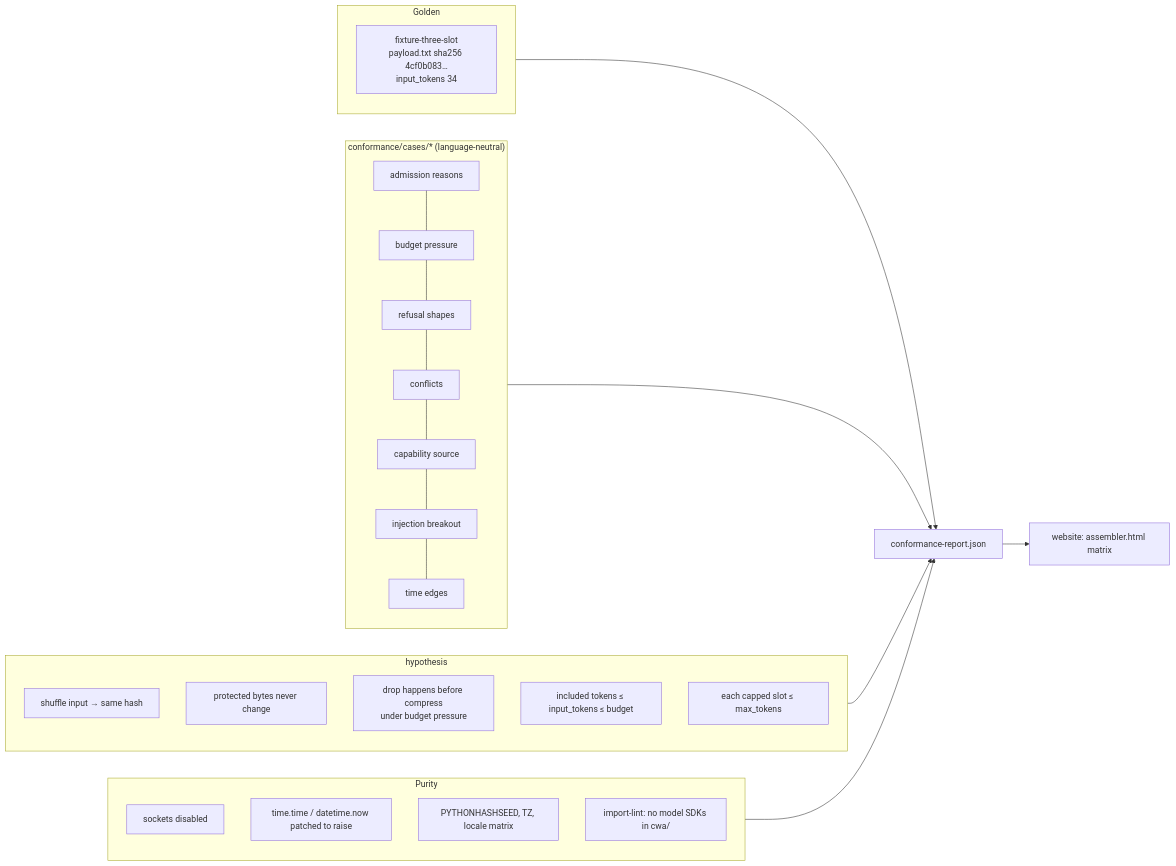
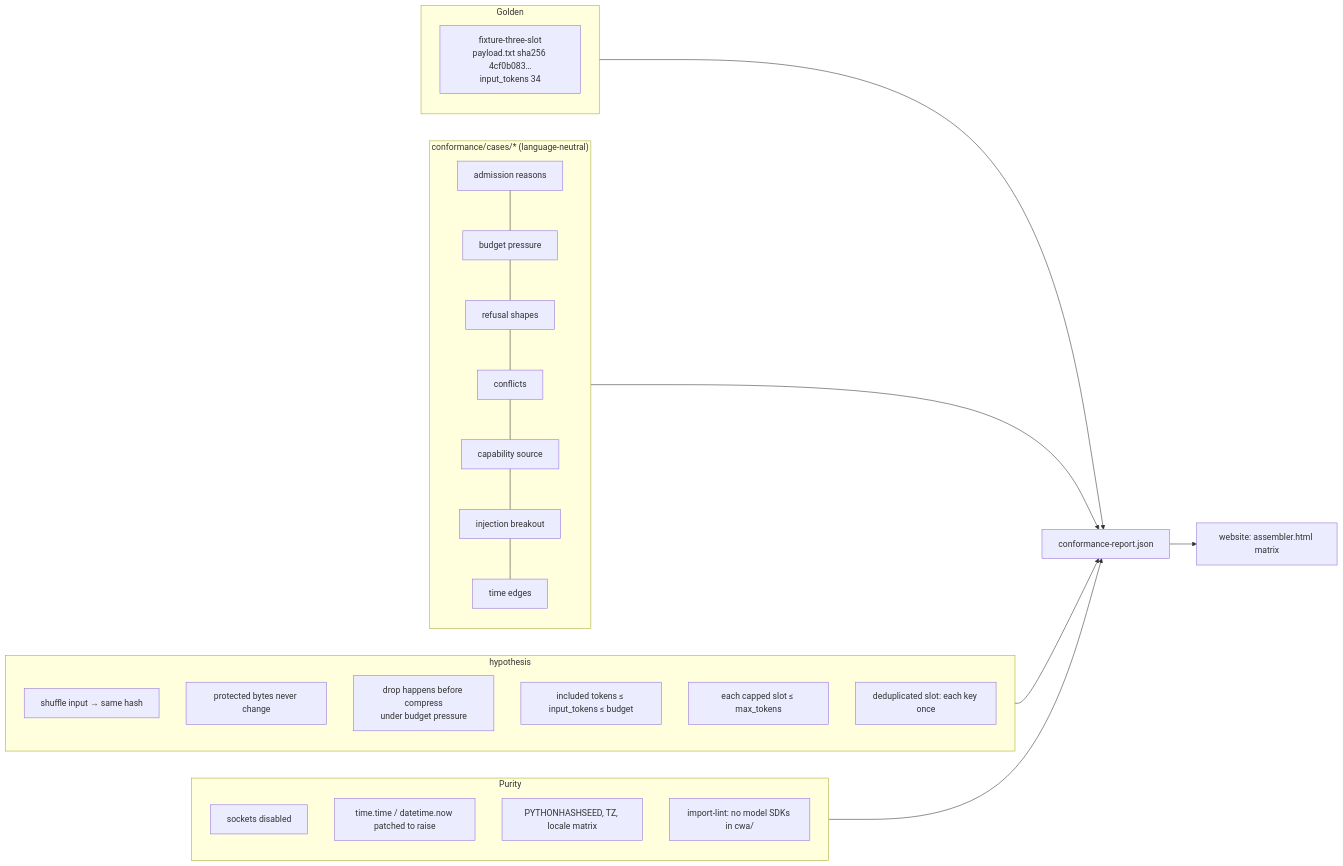
One commit to contextwindowarchitecture/assembler-python changed diagram 11 of 18 in docs/DESIGN.md. Above: the diagram before and after it, drawn with Mermaid. The commit also changed other lines of this file and 10 other files, not shown here.

````diff
--- a/docs/DESIGN.md
+++ b/docs/DESIGN.md
@@ -513,27 +527,28 @@
 ```mermaid
 flowchart LR
   subgraph Golden
     G1["fixture-three-slot<br/>payload.txt sha256 4cf0b083…<br/>input_tokens 34"]
   end
   subgraph Conformance["conformance/cases/* (language-neutral)"]
     C1[admission reasons] --- C2[budget pressure] --- C3[refusal shapes] --- C4[conflicts] --- C5[capability source] --- C6[injection breakout] --- C7[time edges]
   end
   subgraph Property["hypothesis"]
     P1[shuffle input → same hash]
     P2[protected bytes never change]
     P3[drop happens before compress<br/>under budget pressure]
     P4[included tokens ≤ input_tokens ≤ budget]
     P5[each capped slot ≤ max_tokens]
+    P6[deduplicated slot: each key once]
   end
   subgraph Purity
     U1[sockets disabled]
     U2[time.time / datetime.now patched to raise]
     U3[PYTHONHASHSEED, TZ, locale matrix]
     U4[import-lint: no model SDKs in cwa/]
   end
   Golden --> R[conformance-report.json] 
   Conformance --> R
   Property --> R
   Purity --> R
   R --> W["website: assembler.html matrix"]
 ```
````
